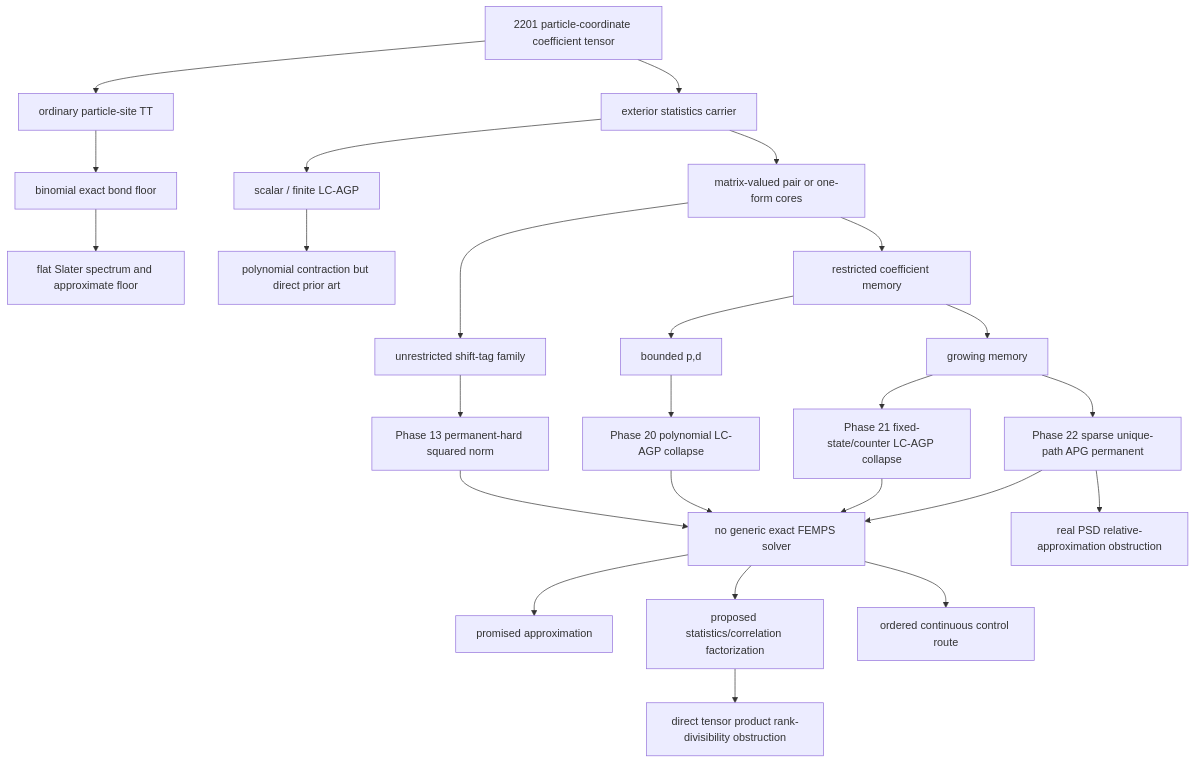
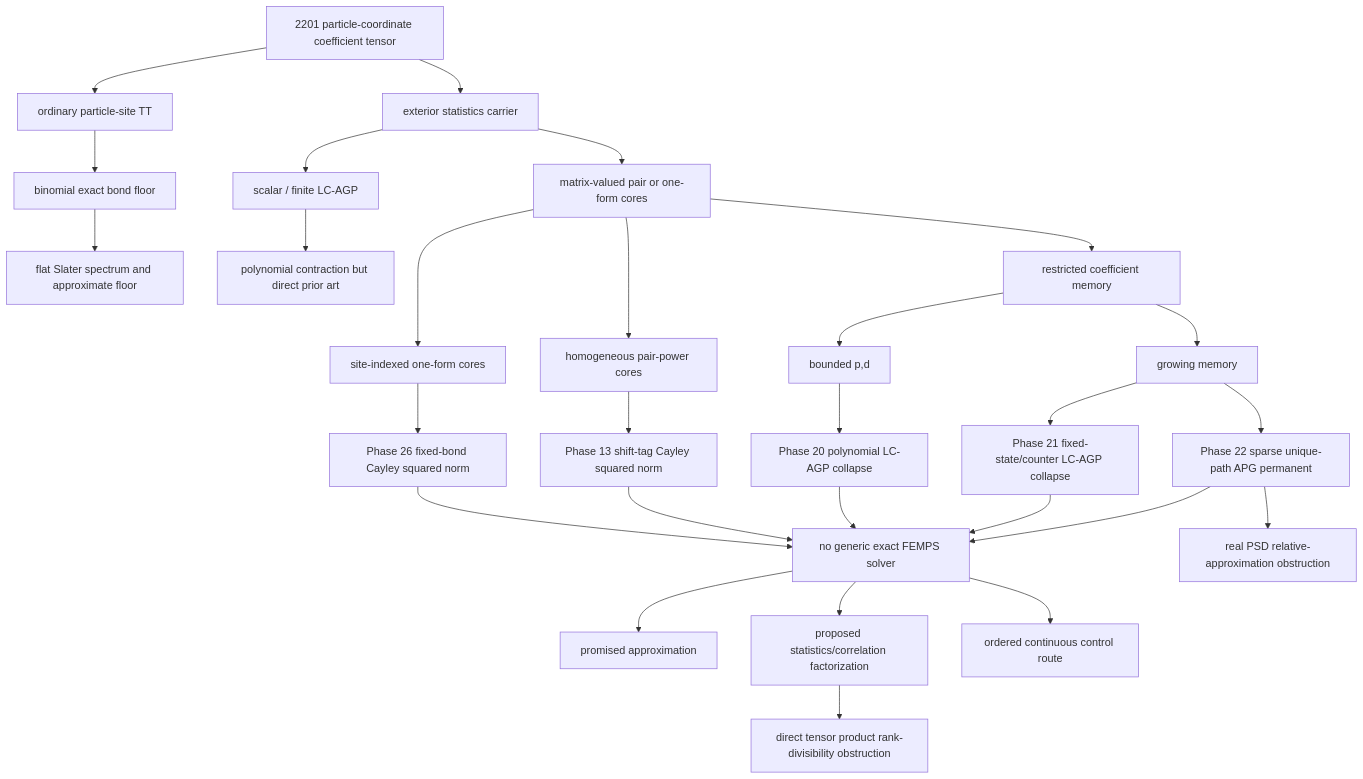
Before and after one commit to intproduct/FEMPS: the diagram in docs/theory/exterior_no_go_hierarchy.md, drawn with Mermaid. The commit also changed other lines of this file and 27 other files, not shown here.

Commit message:
research: complete Phase 26 fixed-bond manuscript

````diff
--- a/docs/theory/exterior_no_go_hierarchy.md
+++ b/docs/theory/exterior_no_go_hierarchy.md
@@ -35,27 +36,30 @@
 ```mermaid
 flowchart TD
     A[2201 particle-coordinate coefficient tensor] --> B[ordinary particle-site TT]
     A --> C[exterior statistics carrier]
     B --> B1[binomial exact bond floor]
     B1 --> B2[flat Slater spectrum and approximate floor]
     C --> D[scalar / finite LC-AGP]
     C --> E[matrix-valued pair or one-form cores]
     D --> D1[polynomial contraction but direct prior art]
-    E --> E1[unrestricted shift-tag family]
+    E --> E0[site-indexed one-form cores]
+    E --> E1[homogeneous pair-power cores]
     E --> E2[restricted coefficient memory]
-    E1 --> H1[Phase 13 permanent-hard squared norm]
+    E0 --> H0[Phase 26 fixed-bond Cayley squared norm]
+    E1 --> H1[Phase 13 shift-tag Cayley squared norm]
     E2 --> F1[bounded p,d]
     E2 --> F2[growing memory]
     F1 --> L1[Phase 20 polynomial LC-AGP collapse]
     F2 --> L2[Phase 21 fixed-state/counter LC-AGP collapse]
     F2 --> H2[Phase 22 sparse unique-path APG permanent]
-    H1 --> S[no generic exact FEMPS solver]
+    H0 --> S[no generic exact FEMPS solver]
+    H1 --> S
     L1 --> S
     L2 --> S
     H2 --> S
     S --> R1[promised approximation]
     S --> R2[proposed statistics/correlation factorization]
     S --> R3[ordered continuous control route]
     H2 --> H3[real PSD relative-approximation obstruction]
     R2 --> H4[direct tensor product rank-divisibility obstruction]
 ```
````
